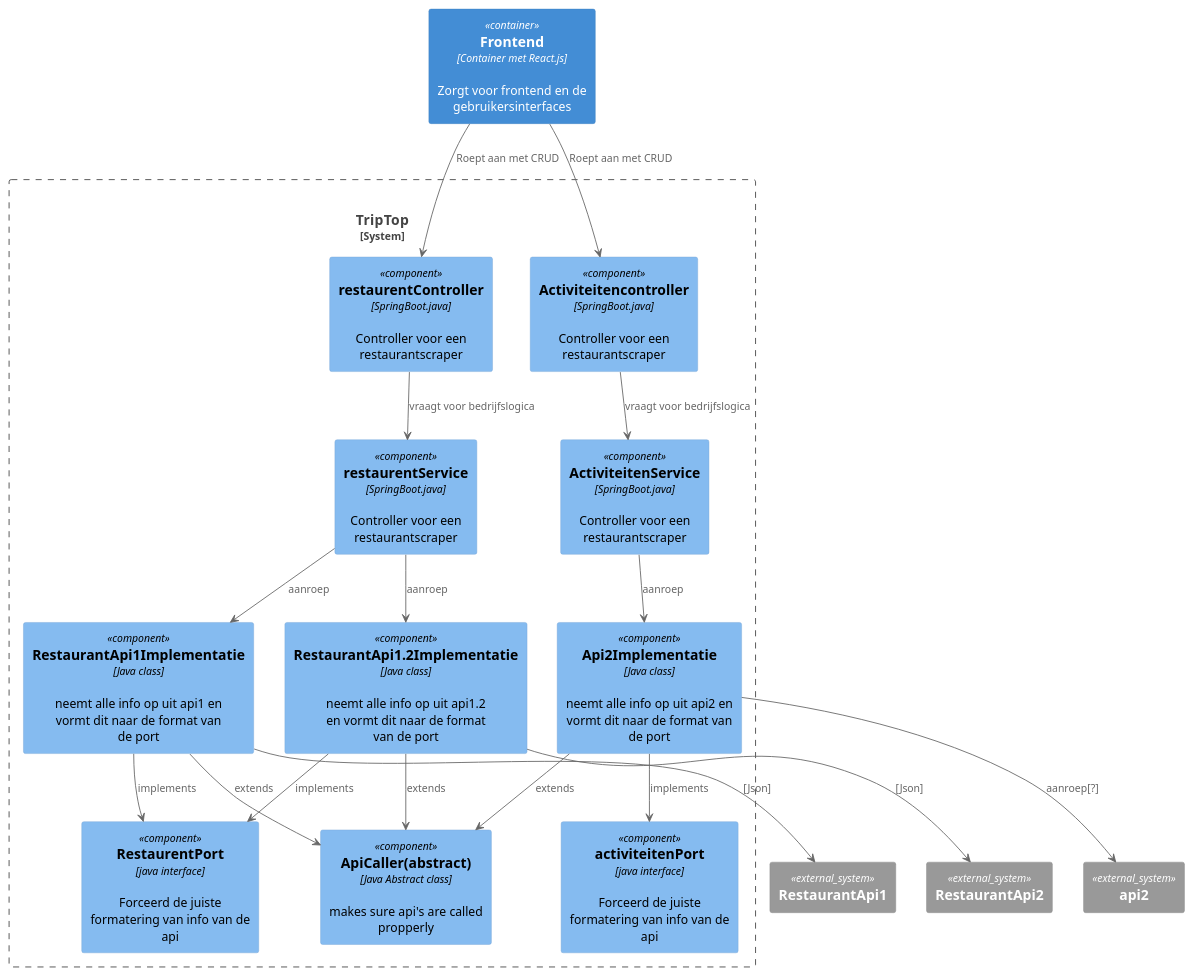
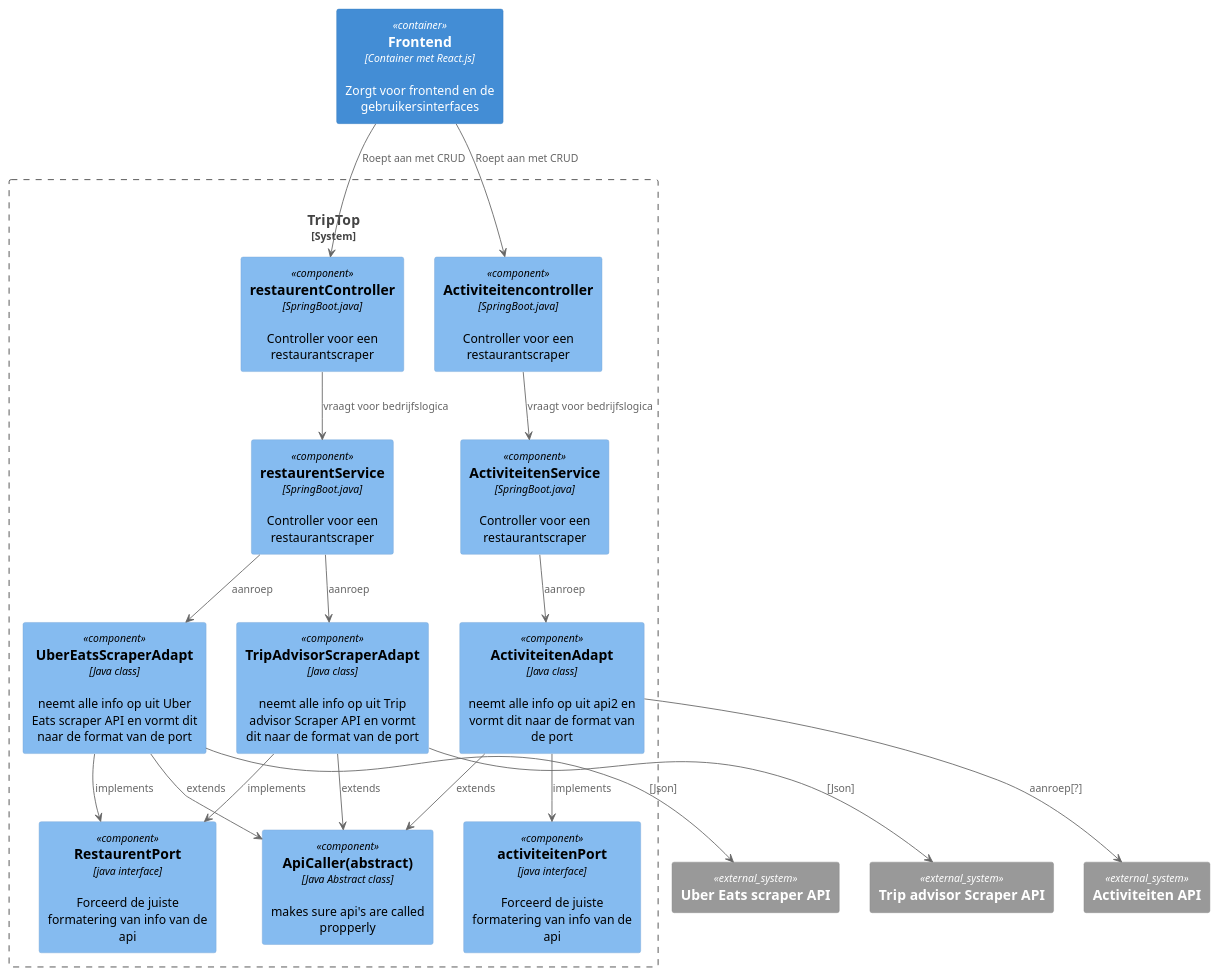
Before and after one commit to AIM-ENE-feb25/triptop-jrn: the diagram in opdracht-diagrammen/ComponentDiagramExternalSystem.puml, drawn with PlantUML. The commit also changed 4 other files, not shown here.

Commit message:
aanpassingen aan diagrammen, en container diagram gemaakt

```diff
--- a/opdracht-diagrammen/ComponentDiagramExternalSystem.puml
+++ b/opdracht-diagrammen/ComponentDiagramExternalSystem.puml
@@ -1,53 +1,53 @@
 @startuml
 !include <C4/C4_Container>
 !include <C4/C4_Component>
 !include https://raw.githubusercontent.com/plantuml-stdlib/C4-PlantUML/master/C4_Component.puml
 
 Container("frontend", "Frontend", "Container met React.js", "Zorgt voor frontend en de gebruikersinterfaces")
 
 System_Boundary(triptop_core, "TripTop") {
 Component("restaurentController", "restaurentController","SpringBoot.java","Controller voor een restaurantscraper")
 Component("Activiteitencontroller", "Activiteitencontroller","SpringBoot.java","Controller voor een restaurantscraper")
 Component("restaurentService", "restaurentService","SpringBoot.java","Controller voor een restaurantscraper")
 Component("ActiviteitenService", "ActiviteitenService","SpringBoot.java","Controller voor een restaurantscraper")
 Component("ApiCaller", "ApiCaller(abstract)","Java Abstract class", "makes sure api's are called propperly")
 Component("RestaurentPort","RestaurentPort", "java interface", "Forceerd de juiste formatering van info van de api")
 Component("activiteitenPort","activiteitenPort", "java interface", "Forceerd de juiste formatering van info van de api")
-Component("RestaurantApi1Implementatie", "RestaurantApi1Implementatie", "Java class", "neemt alle info op uit api1 en vormt dit naar de format van de port")
-Component("RestaurantApi1.2Implementatie", "RestaurantApi1.2Implementatie", "Java class", "neemt alle info op uit api1.2 en vormt dit naar de format van de port")
-Component("Api2Implementatie", "Api2Implementatie", "Java class", "neemt alle info op uit api2 en vormt dit naar de format van de port")
+Component("RestaurantApi1Implementatie", "UberEatsScraperAdapt", "Java class", "neemt alle info op uit Uber Eats scraper API en vormt dit naar de format van de port")
+Component("RestaurantApi1.2Implementatie", "TripAdvisorScraperAdapt", "Java class", "neemt alle info op uit Trip advisor Scraper API en vormt dit naar de format van de port")
+Component("Api2Implementatie", "ActiviteitenAdapt", "Java class", "neemt alle info op uit api2 en vormt dit naar de format van de port")
 }
 
-System_Ext("RestaurantApi1","RestaurantApi1")
-System_Ext("RestaurantApi2","RestaurantApi2")
-System_Ext("api2","api2")
+System_Ext("RestaurantApi1","Uber Eats scraper API")
+System_Ext("RestaurantApi2","Trip advisor Scraper API")
+System_Ext("api2","Activiteiten API")
 
 
 frontend --> restaurentController : "Roept aan met CRUD"
 frontend --> Activiteitencontroller : "Roept aan met CRUD"
 
 restaurentController --> restaurentService : "vraagt voor bedrijfslogica"
 Activiteitencontroller --> ActiviteitenService : "vraagt voor bedrijfslogica"
 
 restaurentService --> "RestaurantApi1Implementatie" : "aanroep"
 restaurentService --> "RestaurantApi1.2Implementatie" : "aanroep"
 
 ActiviteitenService --> "Api2Implementatie" : "aanroep"
 
 "RestaurantApi1Implementatie" --> "ApiCaller" : "extends"
 "RestaurantApi1.2Implementatie" --> "ApiCaller" : "extends"
 "Api2Implementatie" --> "ApiCaller" : "extends"
 
 "RestaurantApi1Implementatie" --> "RestaurentPort" : "implements"
 "RestaurantApi1.2Implementatie" --> "RestaurentPort" : "implements"
 "Api2Implementatie" --> "activiteitenPort" : "implements"
 
 "RestaurantApi1Implementatie" --> "RestaurantApi1" : "[Json]"
 "RestaurantApi1.2Implementatie" --> "RestaurantApi2" : "[Json]"
 
 "Api2Implementatie" --> "api2" : "aanroep[?]"
 
 
 
 
 @enduml
```
